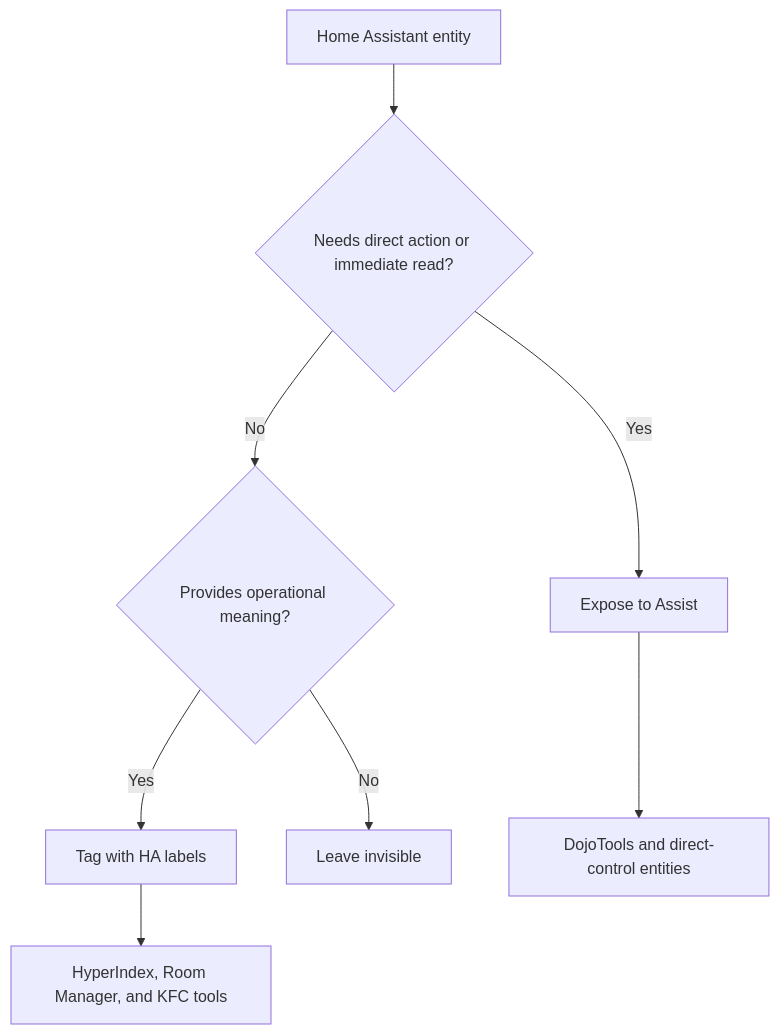
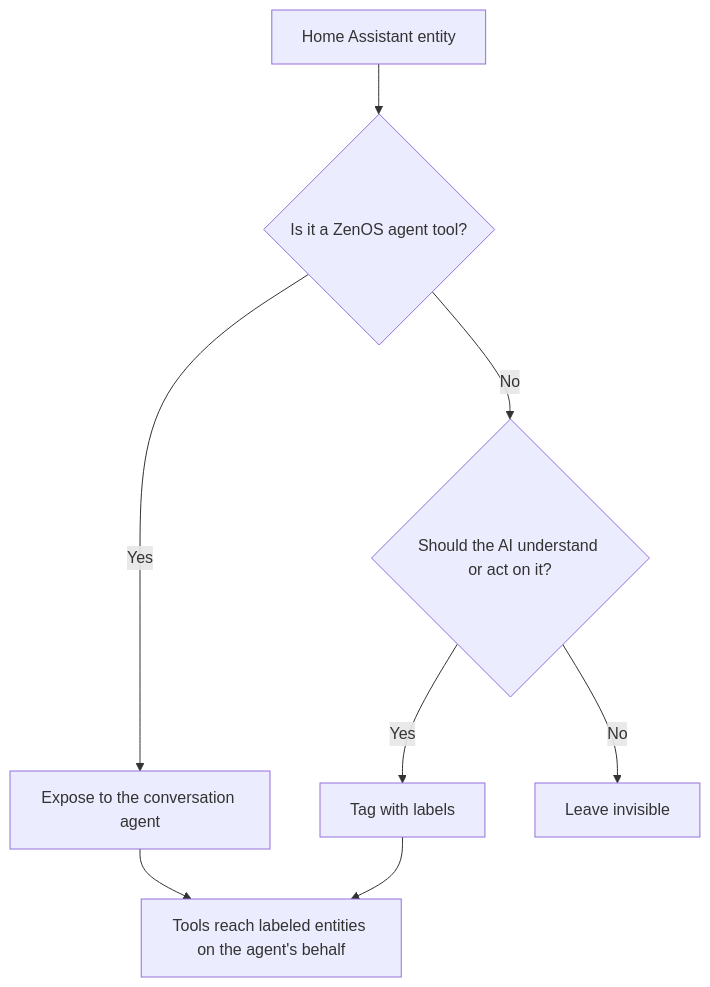
The diagram in zenos_ai/docs/getting_started/entity_exposure.md (nathan-curtis/zenos-ai), drawn with Mermaid before and after one commit. The commit also changed other lines of this file and 18 other files, not shown here.

````diff
--- a/zenos_ai/docs/getting_started/entity_exposure.md
+++ b/zenos_ai/docs/getting_started/entity_exposure.md
@@ -35,17 +33,17 @@
 ```mermaid
 flowchart TB
   Entity["Home Assistant entity"]
-  Actionable{"Needs direct action or immediate read?"}
-  Contextable{"Provides operational meaning?"}
-  Expose["Expose to Assist"]
-  Label["Tag with HA labels"]
+  IsTool{"Is it a ZenOS agent tool?"}
+  Contextable{"Should the AI understand or act on it?"}
+  Expose["Expose to the conversation agent"]
+  Label["Tag with labels"]
   Invisible["Leave invisible"]
-  Tools["DojoTools and direct-control entities"]
-  Index["HyperIndex, Room Manager, and KFC tools"]
+  Tools["Tools reach labeled entities on the agent's behalf"]
 
-  Entity --> Actionable
-  Actionable -- "Yes" --> Expose --> Tools
-  Actionable -- "No" --> Contextable
-  Contextable -- "Yes" --> Label --> Index
+  Entity --> IsTool
+  IsTool -- "Yes" --> Expose
+  IsTool -- "No" --> Contextable
+  Contextable -- "Yes" --> Label --> Tools
   Contextable -- "No" --> Invisible
+  Expose --> Tools
 ```
````
